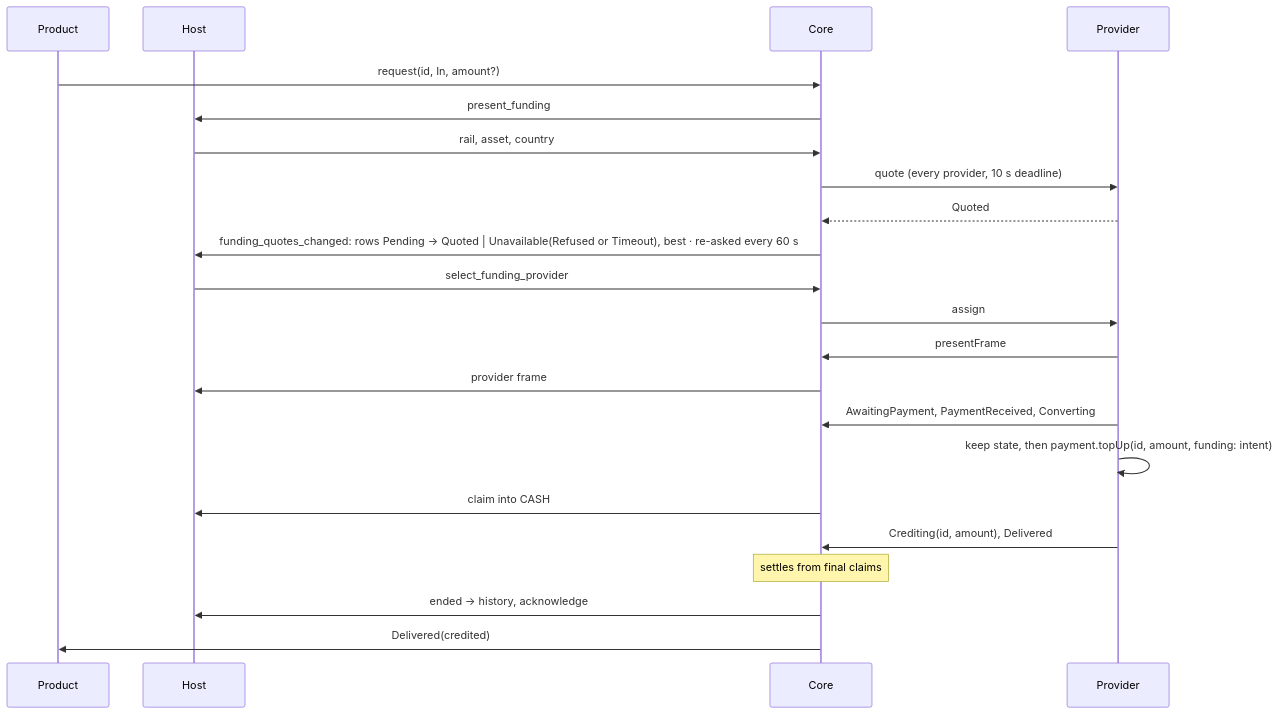
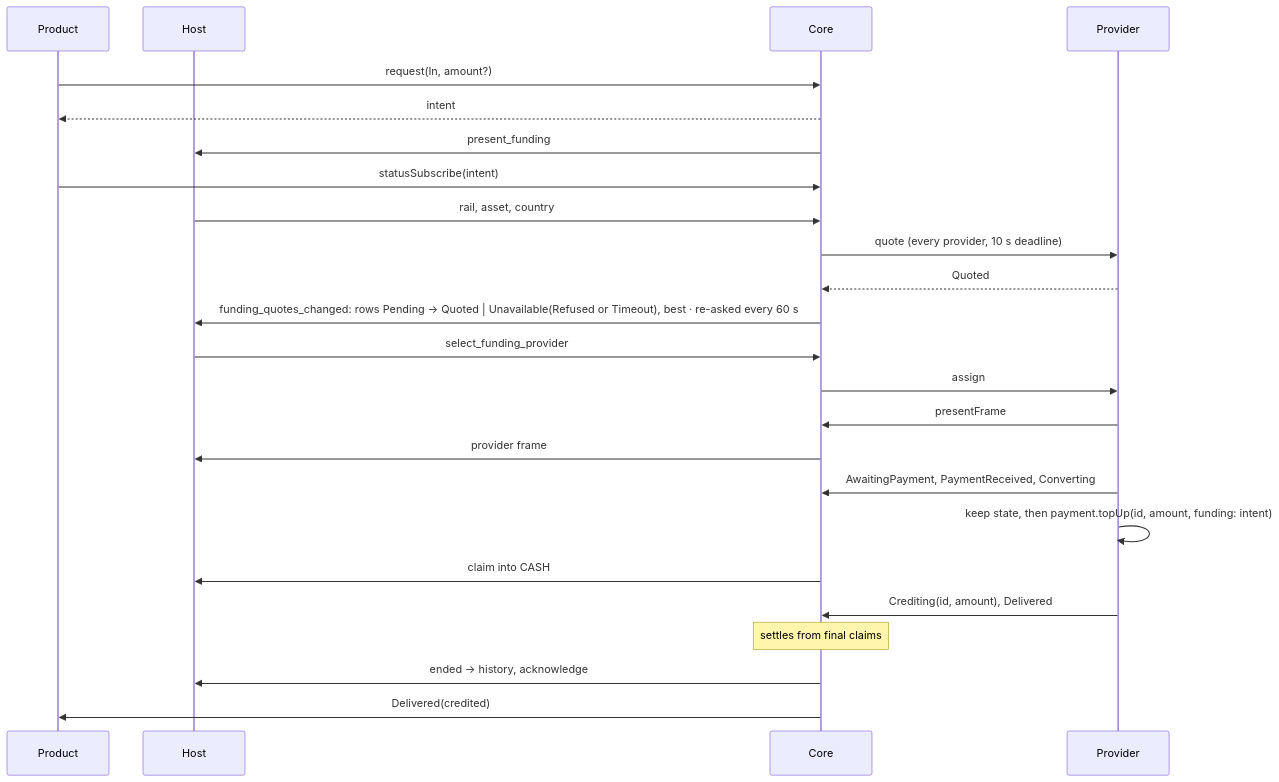
Before and after one commit to paritytech/trinity-user-agents: the third of 8 diagrams in docs/design/funding-modality.md, drawn with Mermaid. The commit also changed other lines of this file, not shown here.

Commit message:
docs: funding.request answers with the session's intent

````diff
--- a/docs/design/funding-modality.md
+++ b/docs/design/funding-modality.md
@@ -86,24 +86,26 @@
 ```mermaid
 sequenceDiagram
   participant P as Product
   participant H as Host
   participant C as Core
   participant W as Provider
-  P->>C: request(id, In, amount?)
+  P->>C: request(In, amount?)
+  C-->>P: intent
   C->>H: present_funding
+  P->>C: statusSubscribe(intent)
   H->>C: rail, asset, country
   C->>W: quote (every provider, 10 s deadline)
   W-->>C: Quoted
   C->>H: funding_quotes_changed: rows Pending → Quoted | Unavailable(Refused or Timeout), best · re-asked every 60 s
   H->>C: select_funding_provider
   C->>W: assign
   W->>C: presentFrame
   C->>H: provider frame
   W->>C: AwaitingPayment, PaymentReceived, Converting
   W->>W: keep state, then payment.topUp(id, amount, funding: intent)
   C->>H: claim into CASH
   W->>C: Crediting(id, amount), Delivered
   Note over C: settles from final claims
   C->>H: ended → history, acknowledge
   C->>P: Delivered(credited)
 ```
````
